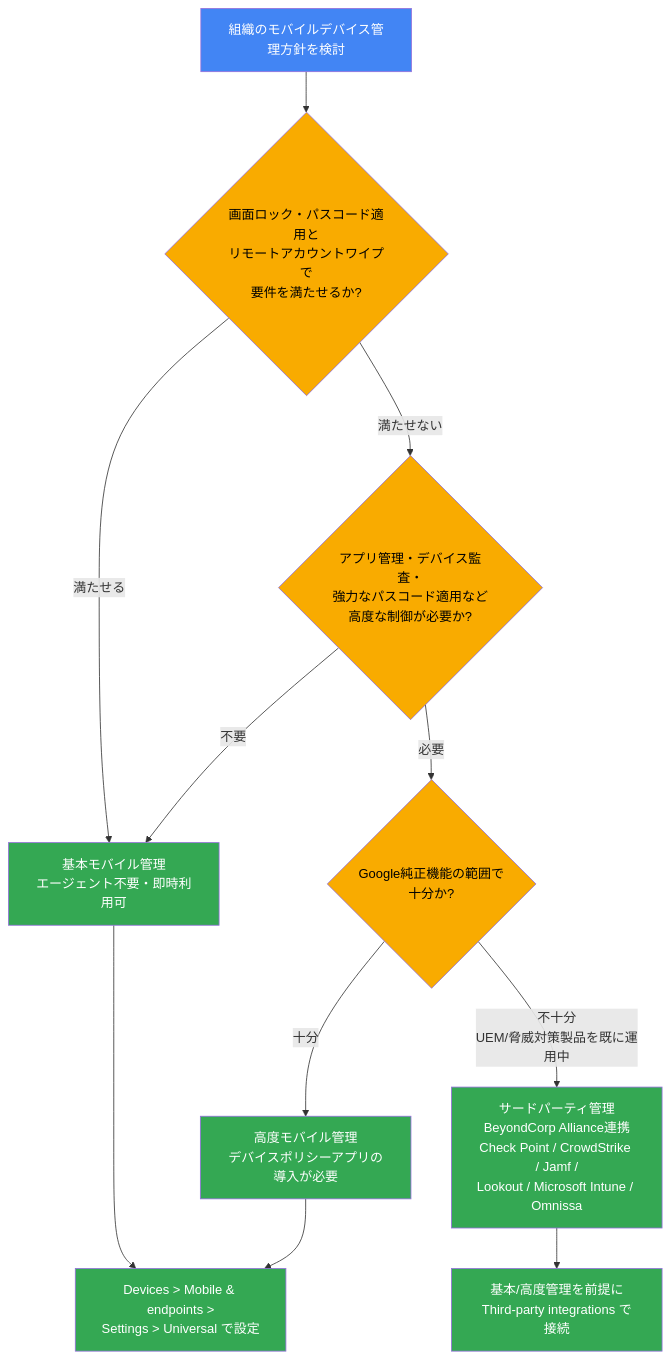
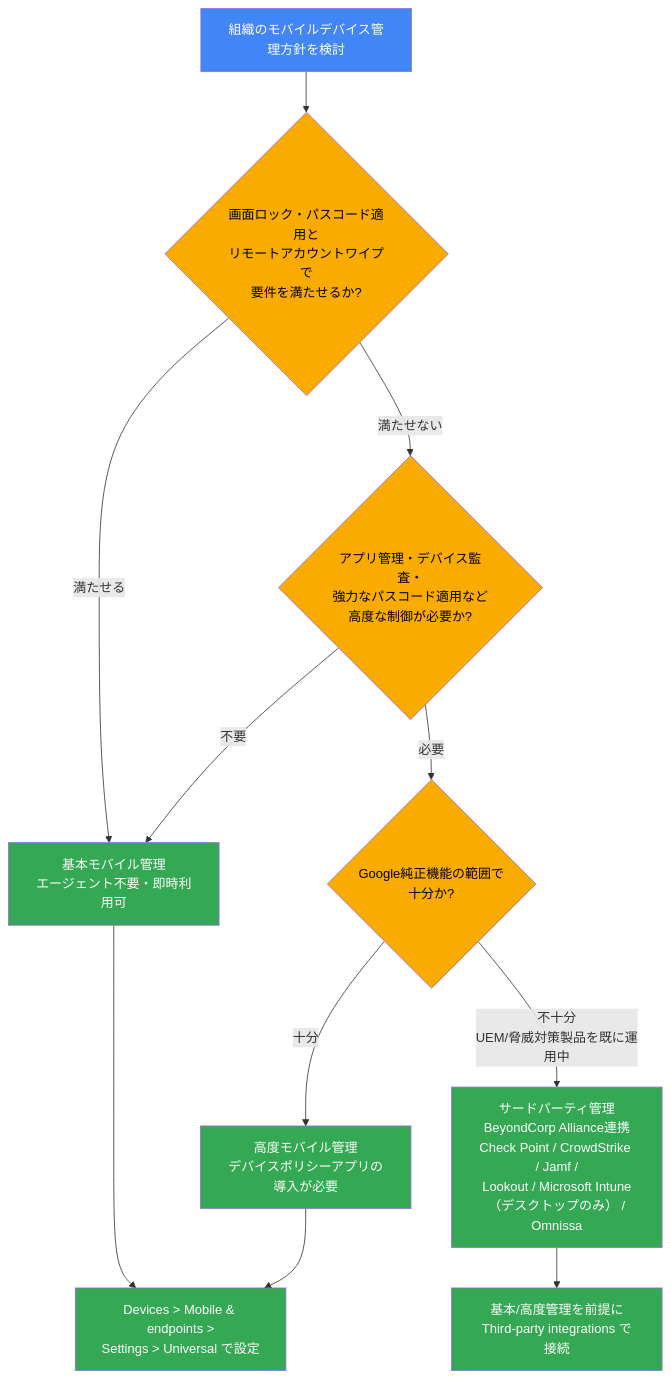
One commit to myoshi2891/Cloud-Infrastructure-Studies changed the second of 10 diagrams in Agwa-s5-browsers-endpoints.md. Above: the diagram before and after it, drawn with Mermaid. The commit also changed other lines of this file, not shown here.

````diff
--- a/Agwa-s5-browsers-endpoints.md
+++ b/Agwa-s5-browsers-endpoints.md
@@ -119,21 +119,21 @@
 ```mermaid
 flowchart TD
     Start["組織のモバイルデバイス管理方針を検討"] --> Q1{"画面ロック・パスコード適用と<br/>リモートアカウントワイプで<br/>要件を満たせるか?"}
     Q1 -->|"満たせる"| Basic["基本モバイル管理<br/>エージェント不要・即時利用可"]
     Q1 -->|"満たせない"| Q2{"アプリ管理・デバイス監査・<br/>強力なパスコード適用など<br/>高度な制御が必要か?"}
     Q2 -->|"必要"| Q3{"Google純正機能の範囲で<br/>十分か?"}
     Q2 -->|"不要"| Basic
     Q3 -->|"十分"| Advanced["高度モバイル管理<br/>デバイスポリシーアプリの導入が必要"]
-    Q3 -->|"不十分<br/>UEM/脅威対策製品を既に運用中"| ThirdParty["サードパーティ管理<br/>BeyondCorp Alliance連携<br/>Check Point / CrowdStrike / Jamf /<br/>Lookout / Microsoft Intune / Omnissa"]
+    Q3 -->|"不十分<br/>UEM/脅威対策製品を既に運用中"| ThirdParty["サードパーティ管理<br/>BeyondCorp Alliance連携<br/>Check Point / CrowdStrike / Jamf /<br/>Lookout / Microsoft Intune（デスクトップのみ） /<br/>Omnissa"]
 
     Basic --> End1["Devices > Mobile & endpoints ><br/>Settings > Universal で設定"]
     Advanced --> End1
     ThirdParty --> End2["基本/高度管理を前提に<br/>Third-party integrations で接続"]
 
     classDef startFill fill:#4285f4,color:#ffffff
     classDef qFill fill:#f9ab00,color:#000000
     classDef resultFill fill:#34a853,color:#ffffff
     class Start startFill
     class Q1,Q2,Q3 qFill
     class Basic,Advanced,ThirdParty,End1,End2 resultFill
 ```
````
